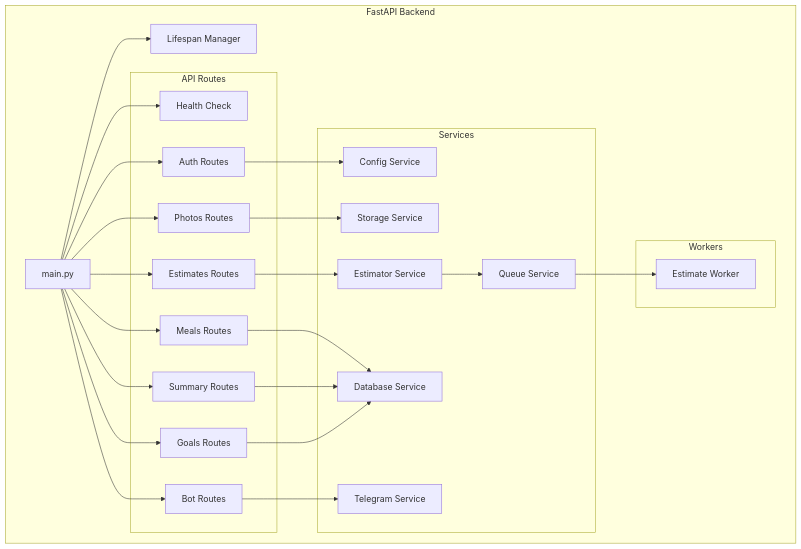
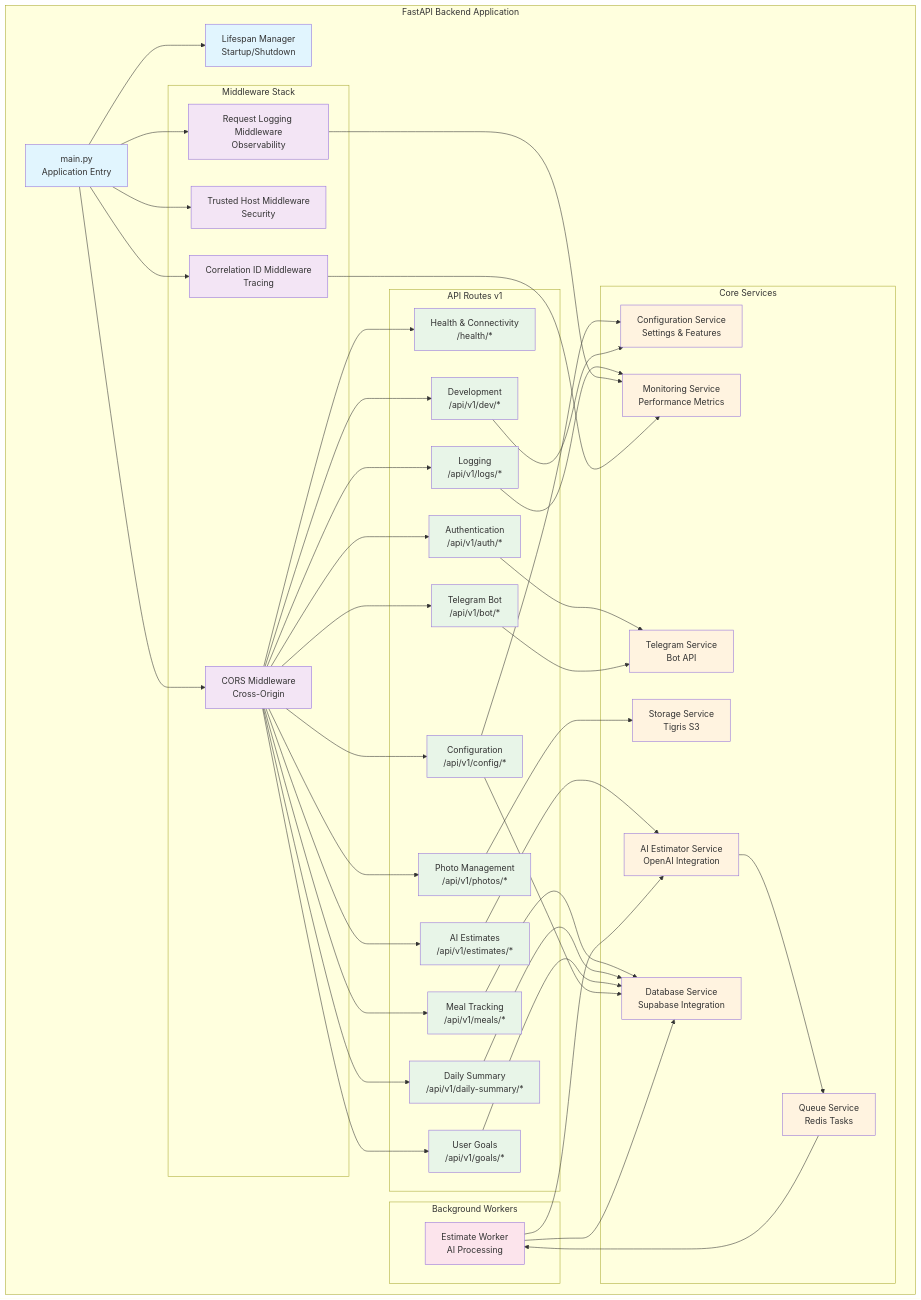
One commit to gofrolist/calorie-track-ai-bot-api changed the third of 13 diagrams in docs/ARCHITECTURE.md. Above: the diagram before and after it, drawn with Mermaid. The commit also changed other lines of this file and 80 other files, not shown here.

````diff
--- a/docs/ARCHITECTURE.md
+++ b/docs/ARCHITECTURE.md
@@ -117,45 +228,70 @@
 ```mermaid
 graph TD
-    subgraph "FastAPI Backend"
-        MAIN[main.py]
-        LIFESPAN[Lifespan Manager]
+    subgraph "FastAPI Backend Application"
+        MAIN[main.py<br/>Application Entry]
+        LIFESPAN[Lifespan Manager<br/>Startup/Shutdown]
 
-        subgraph "API Routes"
-            HEALTH[Health Check]
-            AUTH_ROUTE[Auth Routes]
-            PHOTOS_ROUTE[Photos Routes]
-            ESTIMATES_ROUTE[Estimates Routes]
-            MEALS_ROUTE[Meals Routes]
-            SUMMARY_ROUTE[Summary Routes]
-            GOALS_ROUTE[Goals Routes]
-            BOT_ROUTE[Bot Routes]
+        subgraph "Middleware Stack"
+            CORS_MW[CORS Middleware<br/>Cross-Origin]
+            TRUSTED_MW[Trusted Host Middleware<br/>Security]
+            CORRELATION_MW[Correlation ID Middleware<br/>Tracing]
+            LOGGING_MW[Request Logging Middleware<br/>Observability]
         end
 
-        subgraph "Services"
-            CONFIG_SVC[Config Service]
-            DB_SVC[Database Service]
-            STORAGE_SVC[Storage Service]
-            TELEGRAM_SVC[Telegram Service]
-            ESTIMATOR_SVC[Estimator Service]
-            QUEUE_SVC[Queue Service]
+        subgraph "API Routes v1"
+            HEALTH[Health & Connectivity<br/>/health/*]
+            CONFIG_ROUTE[Configuration<br/>/api/v1/config/*]
+            LOGS_ROUTE[Logging<br/>/api/v1/logs/*]
+            DEV_ROUTE[Development<br/>/api/v1/dev/*]
+            AUTH_ROUTE[Authentication<br/>/api/v1/auth/*]
+            PHOTOS_ROUTE[Photo Management<br/>/api/v1/photos/*]
+            ESTIMATES_ROUTE[AI Estimates<br/>/api/v1/estimates/*]
+            MEALS_ROUTE[Meal Tracking<br/>/api/v1/meals/*]
+            SUMMARY_ROUTE[Daily Summary<br/>/api/v1/daily-summary/*]
+            GOALS_ROUTE[User Goals<br/>/api/v1/goals/*]
+            BOT_ROUTE[Telegram Bot<br/>/api/v1/bot/*]
         end
 
-        subgraph "Workers"
-            ESTIMATE_WORKER[Estimate Worker]
+        subgraph "Core Services"
+            CONFIG_SVC[Configuration Service<br/>Settings & Features]
+            DB_SVC[Database Service<br/>Supabase Integration]
+            STORAGE_SVC[Storage Service<br/>Tigris S3]
+            TELEGRAM_SVC[Telegram Service<br/>Bot API]
+            ESTIMATOR_SVC[AI Estimator Service<br/>OpenAI Integration]
+            QUEUE_SVC[Queue Service<br/>Redis Tasks]
+            MONITORING_SVC[Monitoring Service<br/>Performance Metrics]
+        end
+
+        subgraph "Background Workers"
+            ESTIMATE_WORKER[Estimate Worker<br/>AI Processing]
         end
     end
 
+    %% Main application flow
     MAIN --> LIFESPAN
-    MAIN --> HEALTH
-    MAIN --> AUTH_ROUTE
-    MAIN --> PHOTOS_ROUTE
-    MAIN --> ESTIMATES_ROUTE
-    MAIN --> MEALS_ROUTE
-    MAIN --> SUMMARY_ROUTE
-    MAIN --> GOALS_ROUTE
-    MAIN --> BOT_ROUTE
+    MAIN --> CORS_MW
+    MAIN --> TRUSTED_MW
+    MAIN --> CORRELATION_MW
+    MAIN --> LOGGING_MW
 
-    AUTH_ROUTE --> CONFIG_SVC
+    %% Middleware to routes
+    CORS_MW --> HEALTH
+    CORS_MW --> CONFIG_ROUTE
+    CORS_MW --> LOGS_ROUTE
+    CORS_MW --> DEV_ROUTE
+    CORS_MW --> AUTH_ROUTE
+    CORS_MW --> PHOTOS_ROUTE
+    CORS_MW --> ESTIMATES_ROUTE
+    CORS_MW --> MEALS_ROUTE
+    CORS_MW --> SUMMARY_ROUTE
+    CORS_MW --> GOALS_ROUTE
+    CORS_MW --> BOT_ROUTE
+
+    %% Route to service connections
+    CONFIG_ROUTE --> CONFIG_SVC
+    LOGS_ROUTE --> MONITORING_SVC
+    DEV_ROUTE --> CONFIG_SVC
+    AUTH_ROUTE --> TELEGRAM_SVC
     PHOTOS_ROUTE --> STORAGE_SVC
     ESTIMATES_ROUTE --> ESTIMATOR_SVC
     MEALS_ROUTE --> DB_SVC
@@ -163,6 +299,27 @@
     GOALS_ROUTE --> DB_SVC
     BOT_ROUTE --> TELEGRAM_SVC
 
+    %% Service interconnections
+    CONFIG_ROUTE --> DB_SVC
     ESTIMATOR_SVC --> QUEUE_SVC
     QUEUE_SVC --> ESTIMATE_WORKER
+    ESTIMATE_WORKER --> DB_SVC
+    ESTIMATE_WORKER --> ESTIMATOR_SVC
+
+    %% Monitoring connections
+    LOGGING_MW --> MONITORING_SVC
+    CORRELATION_MW --> MONITORING_SVC
+
+    %% Styling
+    classDef main fill:#e1f5fe
+    classDef middleware fill:#f3e5f5
+    classDef routes fill:#e8f5e8
+    classDef services fill:#fff3e0
+    classDef workers fill:#fce4ec
+
+    class MAIN,LIFESPAN main
+    class CORS_MW,TRUSTED_MW,CORRELATION_MW,LOGGING_MW middleware
+    class HEALTH,CONFIG_ROUTE,LOGS_ROUTE,DEV_ROUTE,AUTH_ROUTE,PHOTOS_ROUTE,ESTIMATES_ROUTE,MEALS_ROUTE,SUMMARY_ROUTE,GOALS_ROUTE,BOT_ROUTE routes
+    class CONFIG_SVC,DB_SVC,STORAGE_SVC,TELEGRAM_SVC,ESTIMATOR_SVC,QUEUE_SVC,MONITORING_SVC services
+    class ESTIMATE_WORKER workers
 ```
````
